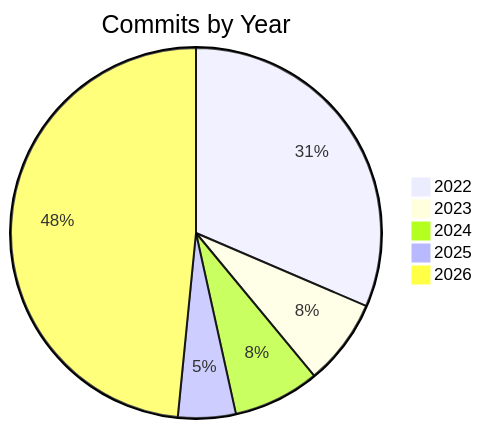
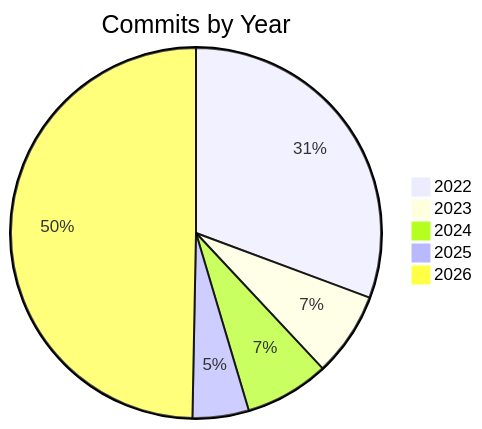
Before and after one commit to Wycott/JukeBox: the diagram in digest.md, drawn with Mermaid. The commit also changed other lines of this file, not shown here.

````diff
--- a/digest.md
+++ b/digest.md
@@ -42,8 +50,8 @@
 ```mermaid
 pie title Commits by Year
     "2022" : 50
     "2023" : 12
     "2024" : 12
     "2025" : 8
-    "2026" : 77
+    "2026" : 81
 ```
````
